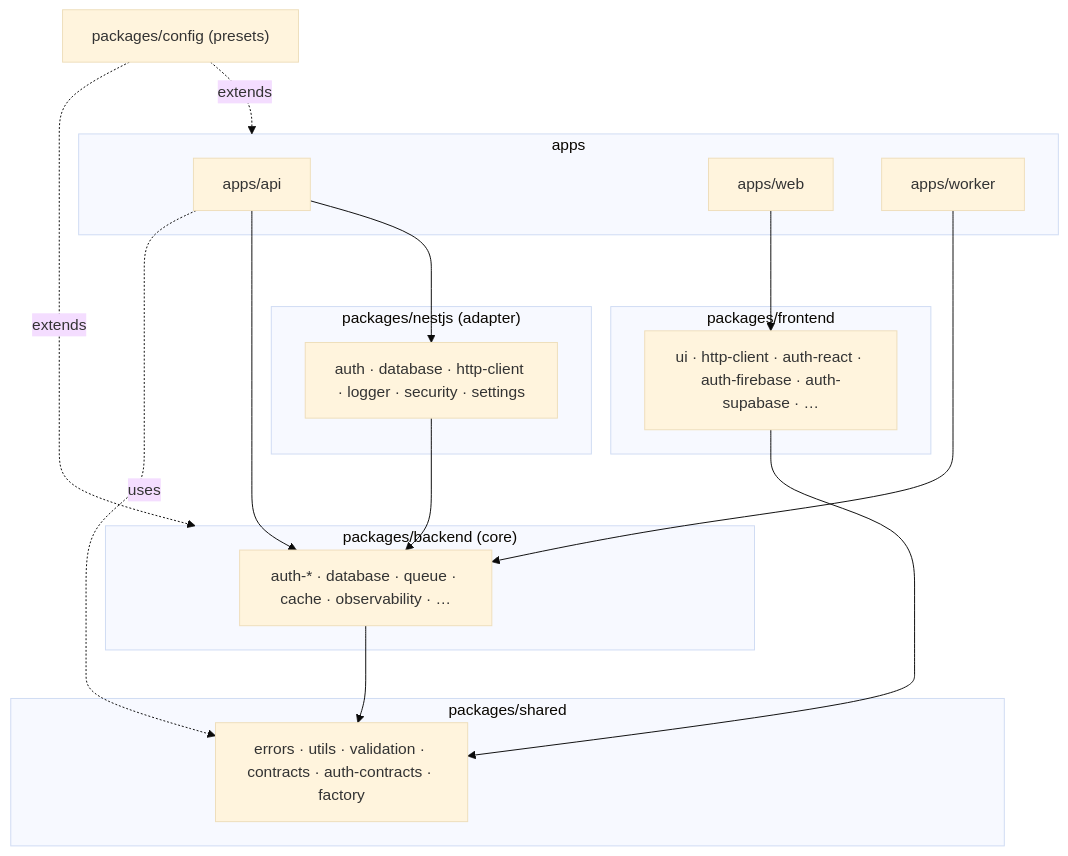
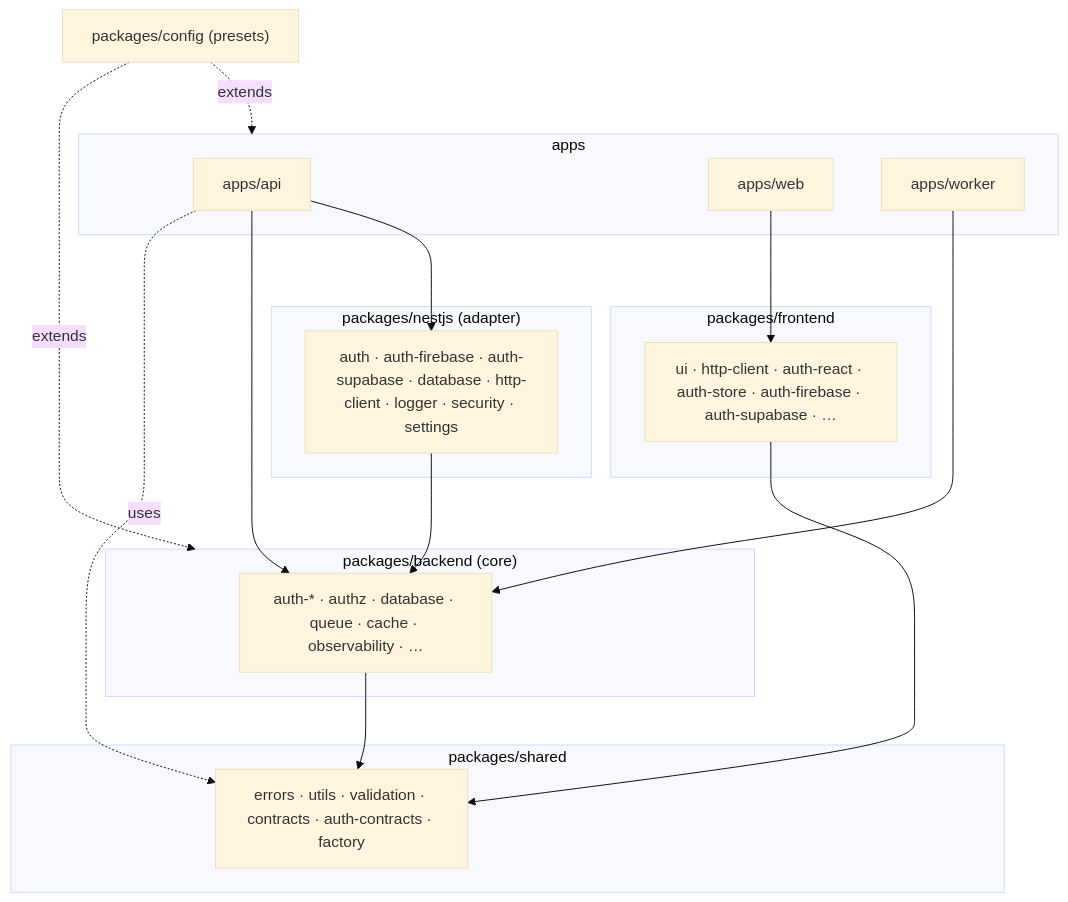
The first of 2 diagrams in docs/reference/architecture.md (Changsik00/service-foundry), drawn with Mermaid (base theme) before and after one commit. The commit also changed other lines of this file and 13 other files, not shown here.

````diff
--- a/docs/reference/architecture.md
+++ b/docs/reference/architecture.md
@@ -34,29 +34,29 @@
 ```mermaid
 flowchart TD
     subgraph apps
       api[apps/api]
       web[apps/web]
       worker[apps/worker]
     end
     subgraph nestjs["packages/nestjs (adapter)"]
-      njs[auth · database · http-client · logger · security · settings]
+      njs[auth · auth-firebase · auth-supabase · database · http-client · logger · security · settings]
     end
     subgraph backend["packages/backend (core)"]
-      be[auth-* · database · queue · cache · observability · …]
+      be[auth-* · authz · database · queue · cache · observability · …]
     end
     subgraph frontend["packages/frontend"]
-      fe[ui · http-client · auth-react · auth-firebase · auth-supabase · …]
+      fe[ui · http-client · auth-react · auth-store · auth-firebase · auth-supabase · …]
     end
     subgraph shared["packages/shared"]
       sh[errors · utils · validation · contracts · auth-contracts · factory]
     end
     config["packages/config (presets)"]
 
     api --> njs --> be --> sh
     api --> be
     worker --> be
     web --> fe --> sh
     api -.uses.-> sh
     config -.extends.-> apps
     config -.extends.-> backend
 ```
````
